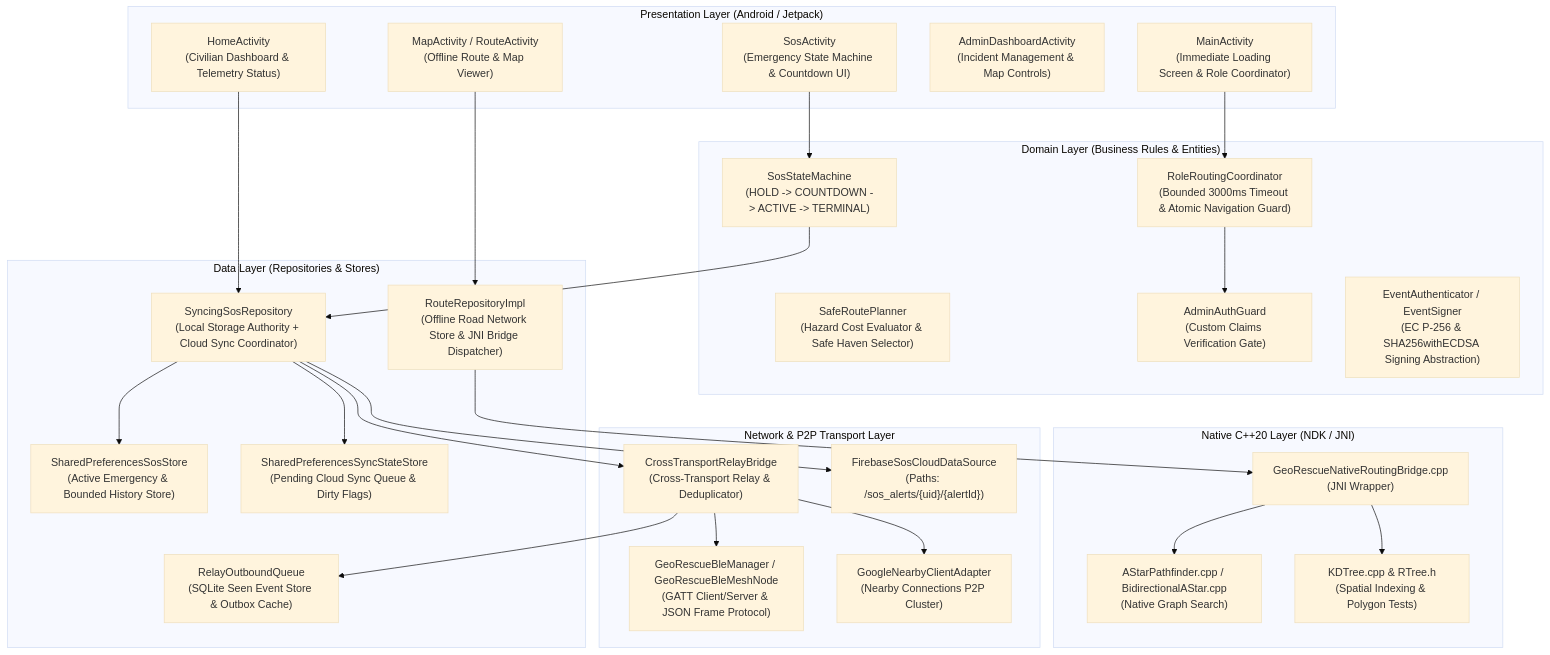
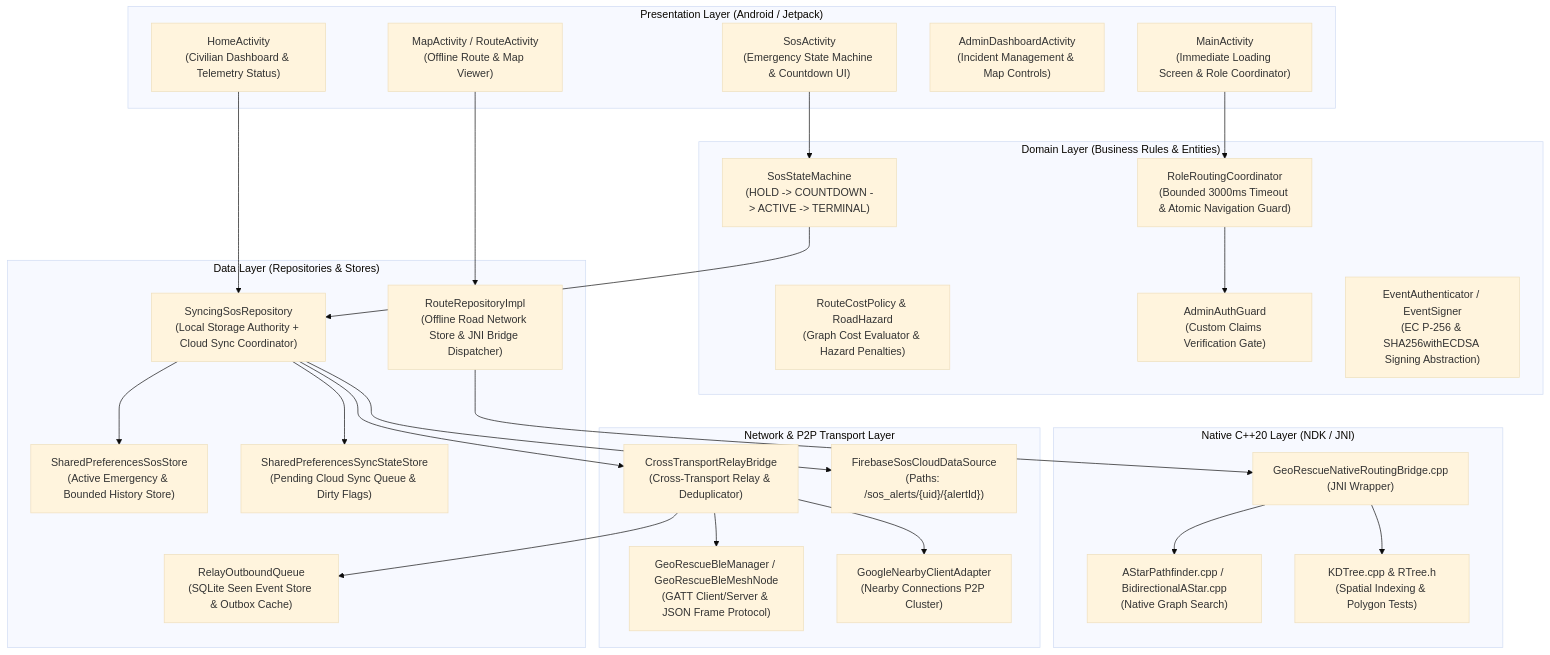
Before and after one commit to Sanidhyanegi07/GeoRescuX: the first of 3 diagrams in docs/final-release/FINAL_PROJECT_REPORT.md, drawn with Mermaid (base theme). The commit also changed other lines of this file and 4 other files, not shown here.

````diff
--- a/docs/final-release/FINAL_PROJECT_REPORT.md
+++ b/docs/final-release/FINAL_PROJECT_REPORT.md
@@ -64,56 +64,56 @@
 ```mermaid
 flowchart TD
     subgraph Presentation_Layer ["Presentation Layer (Android / Jetpack)"]
         MainActivity["MainActivity\n(Immediate Loading Screen & Role Coordinator)"]
         HomeActivity["HomeActivity\n(Civilian Dashboard & Telemetry Status)"]
         SosActivity["SosActivity\n(Emergency State Machine & Countdown UI)"]
         AdminDashboard["AdminDashboardActivity\n(Incident Management & Map Controls)"]
         MapActivity["MapActivity / RouteActivity\n(Offline Route & Map Viewer)"]
     end
 
     subgraph Domain_Layer ["Domain Layer (Business Rules & Entities)"]
         SosStateMachine["SosStateMachine\n(HOLD -> COUNTDOWN -> ACTIVE -> TERMINAL)"]
         RoleRoutingCoordinator["RoleRoutingCoordinator\n(Bounded 3000ms Timeout & Atomic Navigation Guard)"]
-        SafeRoutePlanner["SafeRoutePlanner\n(Hazard Cost Evaluator & Safe Haven Selector)"]
+        RouteCostPolicy["RouteCostPolicy & RoadHazard\n(Graph Cost Evaluator & Hazard Penalties)"]
         AdminAuthGuard["AdminAuthGuard\n(Custom Claims Verification Gate)"]
         EventAuthenticator["EventAuthenticator / EventSigner\n(EC P-256 & SHA256withECDSA Signing Abstraction)"]
     end
 
     subgraph Data_Layer ["Data Layer (Repositories & Stores)"]
         SosRepo["SyncingSosRepository\n(Local Storage Authority + Cloud Sync Coordinator)"]
         LocalSosStore["SharedPreferencesSosStore\n(Active Emergency & Bounded History Store)"]
         SyncStateStore["SharedPreferencesSyncStateStore\n(Pending Cloud Sync Queue & Dirty Flags)"]
         RelayOutbox["RelayOutboundQueue\n(SQLite Seen Event Store & Outbox Cache)"]
         RouteRepo["RouteRepositoryImpl\n(Offline Road Network Store & JNI Bridge Dispatcher)"]
     end
 
     subgraph Native_Layer ["Native C++20 Layer (NDK / JNI)"]
         NativeBridge["GeoRescueNativeRoutingBridge.cpp\n(JNI Wrapper)"]
         AStar["AStarPathfinder.cpp / BidirectionalAStar.cpp\n(Native Graph Search)"]
         KDTree["KDTree.cpp & RTree.h\n(Spatial Indexing & Polygon Tests)"]
     end
 
     subgraph Network_Mesh_Layer ["Network & P2P Transport Layer"]
         BleManager["GeoRescueBleManager / GeoRescueBleMeshNode\n(GATT Client/Server & JSON Frame Protocol)"]
         NearbyAdapter["GoogleNearbyClientAdapter\n(Nearby Connections P2P Cluster)"]
         CrossBridge["CrossTransportRelayBridge\n(Cross-Transport Relay & Deduplicator)"]
         FirebaseDS["FirebaseSosCloudDataSource\n(Paths: /sos_alerts/{uid}/{alertId})"]
     end
 
     MainActivity --> RoleRoutingCoordinator
     RoleRoutingCoordinator --> AdminAuthGuard
     HomeActivity --> SosRepo
     SosActivity --> SosStateMachine
     SosStateMachine --> SosRepo
     SosRepo --> LocalSosStore
     SosRepo --> SyncStateStore
     SosRepo --> FirebaseDS
     SosRepo --> CrossBridge
     CrossBridge --> BleManager
     CrossBridge --> NearbyAdapter
     CrossBridge --> RelayOutbox
     MapActivity --> RouteRepo
     RouteRepo --> NativeBridge
     NativeBridge --> AStar
     NativeBridge --> KDTree
 ```
````
